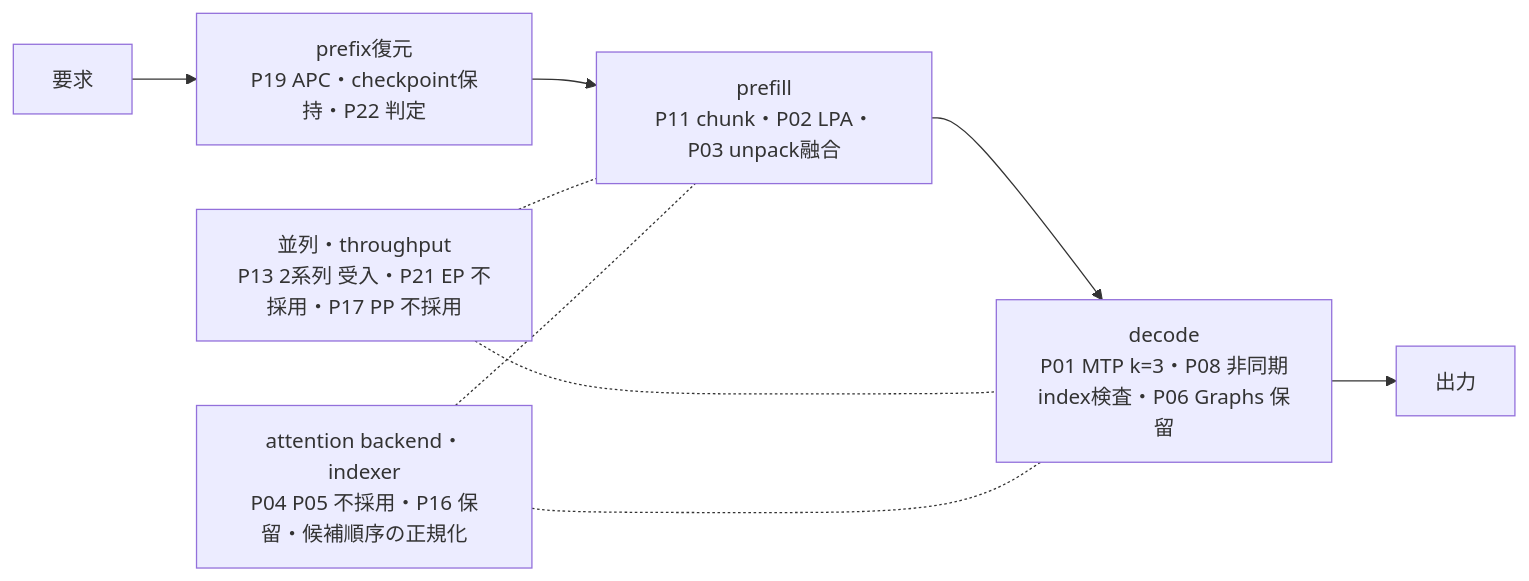
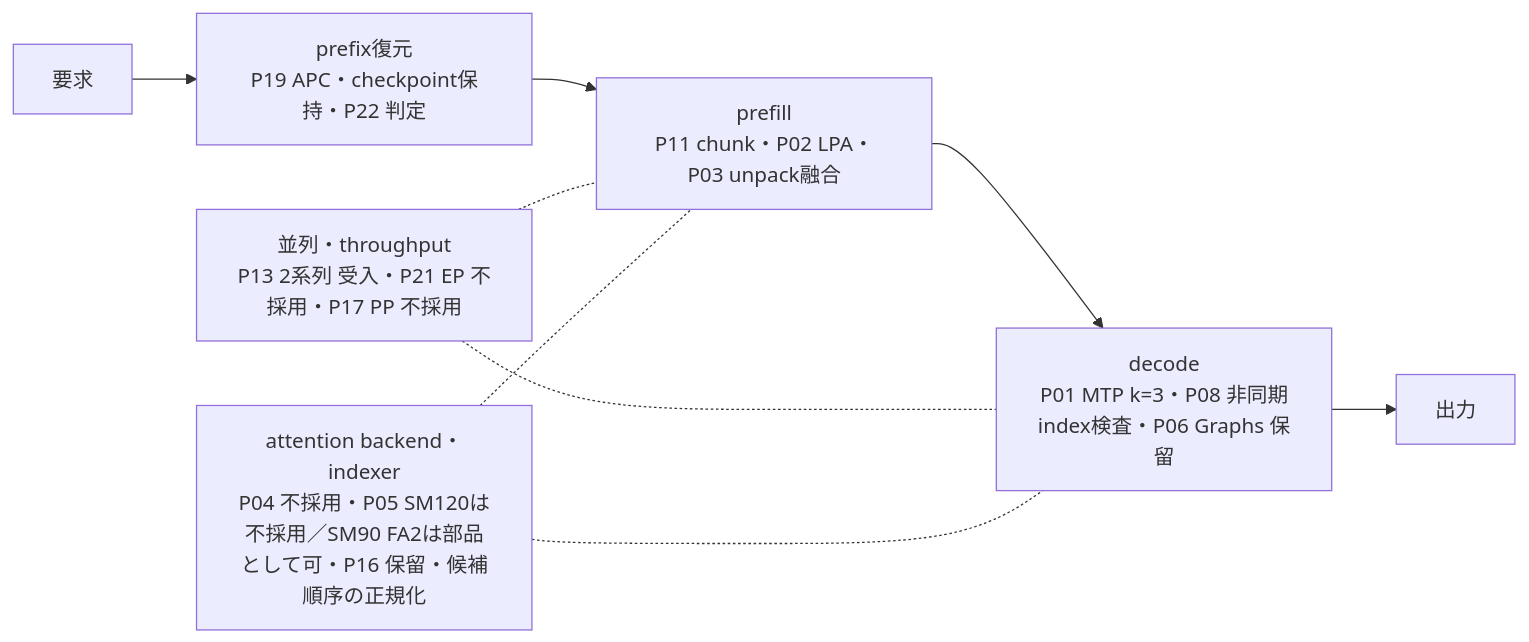
Before and after one commit to Bizuayeu/GLM-5.3-Flash-NVFP4-2x-DGX-Sparks-BIZ: the diagram in docs/optimization-overview.ja.md, drawn with Mermaid. The commit also changed other lines of this file and 35 other files, not shown here.

````diff
--- a/docs/optimization-overview.ja.md
+++ b/docs/optimization-overview.ja.md
@@ -13,11 +13,11 @@
 ```mermaid
 flowchart LR
     R[要求] --> A[prefix復元<br/>P19 APC・checkpoint保持・P22 判定]
     A --> P[prefill<br/>P11 chunk・P02 LPA・P03 unpack融合]
     P --> D[decode<br/>P01 MTP k=3・P08 非同期index検査・P06 Graphs 保留]
     D --> O[出力]
     S[並列・throughput<br/>P13 2系列 受入・P21 EP 不採用・P17 PP 不採用] -.- P
     S -.- D
-    B[attention backend・indexer<br/>P04 P05 不採用・P16 保留・候補順序の正規化] -.- P
+    B[attention backend・indexer<br/>P04 不採用・P05 SM120は不採用／SM90 FA2は部品として可・P16 保留・候補順序の正規化] -.- P
     B -.- D
 ```
````
